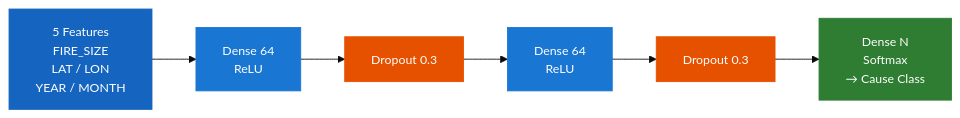
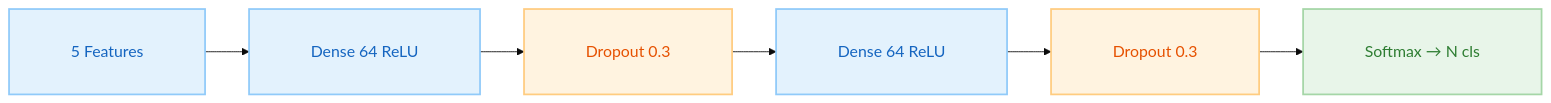
Before and after one commit to buttegggggggg/buttegggggggg.github.io: the fourth of 5 diagrams in ML.qmd, drawn with Mermaid. The commit also changed other lines of this file and 79 other files, not shown here.

````diff
--- a/ML.qmd
+++ b/ML.qmd
@@ -282,19 +276,12 @@
 ```{mermaid}
-%%{init: {"theme": "base", "themeVariables": {"fontSize": "14px"}}}%%
+%%{init: {"theme": "base", "themeVariables": {"fontSize": "18px"}, "flowchart": {"padding": 35}}}%%
 flowchart LR
-    F["5 Features<br/>FIRE_SIZE<br/>LAT / LON<br/>YEAR / MONTH"]
-    D1["Dense 64<br/>ReLU"]
-    DR1["Dropout 0.3"]
-    D2["Dense 64<br/>ReLU"]
-    DR2["Dropout 0.3"]
-    O["Dense N<br/>Softmax<br/>→ Cause Class"]
+    F["5 Features     "] --> D1["Dense 64 ReLU     "] --> DR1["Dropout 0.3     "] --> D2["Dense 64 ReLU     "] --> DR2["Dropout 0.3     "] --> O["Softmax → N cls     "]
 
-    F --> D1 --> DR1 --> D2 --> DR2 --> O
-
-    style F   fill:#1565C0,color:#fff,stroke:#1565C0
-    style D1  fill:#1976D2,color:#fff,stroke:#1976D2
-    style DR1 fill:#E65100,color:#fff,stroke:#E65100
-    style D2  fill:#1976D2,color:#fff,stroke:#1976D2
-    style DR2 fill:#E65100,color:#fff,stroke:#E65100
-    style O   fill:#2E7D32,color:#fff,stroke:#2E7D32
+    style F   fill:#E3F2FD,color:#1565C0,stroke:#90CAF9,stroke-width:2px
+    style D1  fill:#E3F2FD,color:#1565C0,stroke:#90CAF9,stroke-width:2px
+    style DR1 fill:#FFF3E0,color:#E65100,stroke:#FFCC80,stroke-width:2px
+    style D2  fill:#E3F2FD,color:#1565C0,stroke:#90CAF9,stroke-width:2px
+    style DR2 fill:#FFF3E0,color:#E65100,stroke:#FFCC80,stroke-width:2px
+    style O   fill:#E8F5E9,color:#2E7D32,stroke:#A5D6A7,stroke-width:2px
 ```
````
